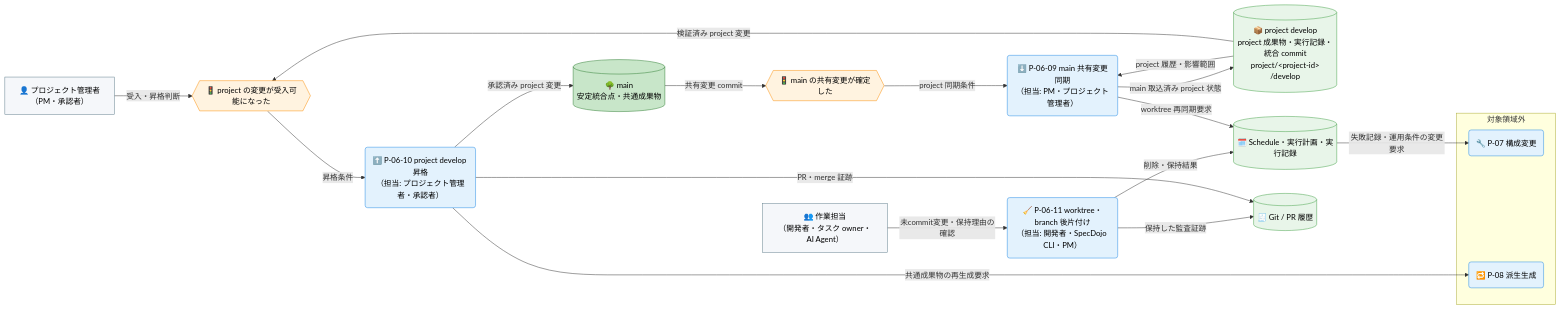
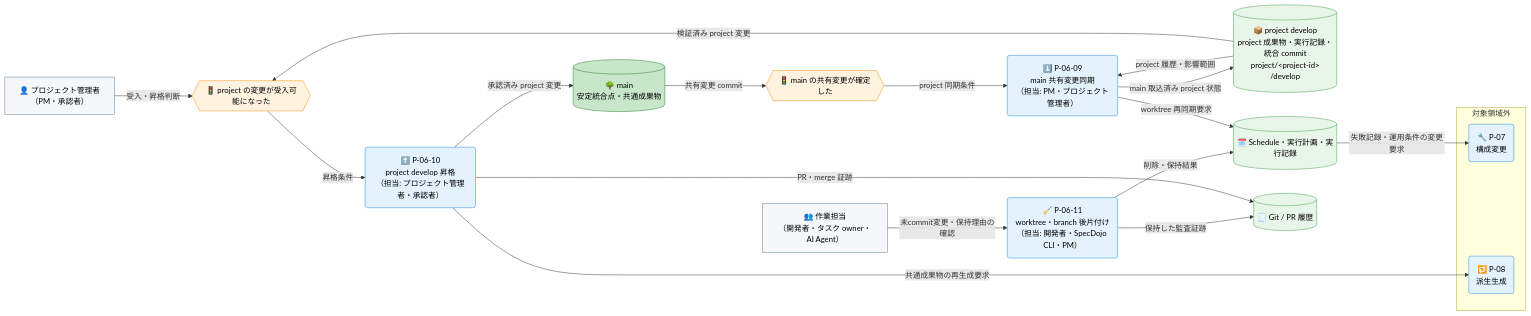
One commit to specdojo/specdojo changed the fourth of 4 diagrams in docs/ja/product/010-business-specs/010-data-flow/cdfd-multi-project.md. Above: the diagram before and after it, drawn with Mermaid. The commit also changed other lines of this file and 7 other files, not shown here.

````diff
--- a/docs/ja/product/010-business-specs/010-data-flow/cdfd-multi-project.md
+++ b/docs/ja/product/010-business-specs/010-data-flow/cdfd-multi-project.md
@@ -228,52 +228,52 @@
 ```mermaid
 flowchart LR
   classDef process fill:#e3f2fd,stroke:#1e88e5,color:#000
   classDef event fill:#fff3e0,stroke:#fb8c00,color:#000
   classDef storeMaster fill:#c8e6c9,stroke:#2e7d32,color:#000
   classDef storeTransaction fill:#e8f5e9,stroke:#43a047,color:#000
   classDef actor fill:#f5f7fa,stroke:#607d8b,color:#000
 
   プロジェクト管理者["👤 プロジェクト管理者<br>（PM・承認者）"]
   作業担当["👥 作業担当<br>（開発者・タスク owner・AI Agent）"]
 
   main更新{{"🚦 main の共有変更が確定した"}}
   project受入{{"🚦 project の変更が受入可能になった"}}
 
-  main共有変更同期("⬇️ P-06-09 main 共有変更同期<br>（担当: PM・プロジェクト管理者）")
-  projectDevelop昇格("⬆️ P-06-10 project develop 昇格<br>（担当: プロジェクト管理者・承認者）")
-  worktreeBranch後片付け("🧹 P-06-11 worktree・branch 後片付け<br>（担当: 開発者・SpecDojo CLI・PM）")
+  main共有変更同期("⬇️ P-06-09<br>main 共有変更同期<br>（担当: PM・プロジェクト管理者）")
+  projectDevelop昇格("⬆️ P-06-10<br>project develop 昇格<br>（担当: プロジェクト管理者・承認者）")
+  worktreeBranch後片付け("🧹 P-06-11<br>worktree・branch 後片付け<br>（担当: 開発者・SpecDojo CLI・PM）")
 
   main[("🌳 main<br>安定統合点・共通成果物")]
   projectDevelop[("📦 project develop<br>project 成果物・実行記録・統合 commit<br>project/&lt;project-id&gt;<br>/develop")]
   実行計画記録[("🗓️ Schedule・実行計画・実行記録")]
   GitPR履歴[("🧾 Git / PR 履歴")]
 
   subgraph 領域外統合後片付け["対象領域外"]
-    構成変更("🔧 P-07 構成変更")
-    派生生成("🔁 P-08 派生生成")
+    構成変更("🔧 P-07<br>構成変更")
+    派生生成("🔁 P-08<br>派生生成")
   end
 
   作業担当 -->|"未commit変更・保持理由の確認"| worktreeBranch後片付け
   worktreeBranch後片付け -->|"削除・保持結果"| 実行計画記録
   worktreeBranch後片付け -->|"保持した監査証跡"| GitPR履歴
 
   main -->|"共有変更 commit"| main更新
   main更新 -->|"project 同期条件"| main共有変更同期
   projectDevelop -->|"project 履歴・影響範囲"| main共有変更同期
   main共有変更同期 -->|"main 取込済み project 状態"| projectDevelop
   main共有変更同期 -->|"worktree 再同期要求"| 実行計画記録
 
   プロジェクト管理者 -->|"受入・昇格判断"| project受入
   projectDevelop -->|"検証済み project 変更"| project受入
   project受入 -->|"昇格条件"| projectDevelop昇格
   projectDevelop昇格 -->|"承認済み project 変更"| main
   projectDevelop昇格 -->|"PR・merge 証跡"| GitPR履歴
   projectDevelop昇格 -->|"共通成果物の再生成要求"| 派生生成
   実行計画記録 -->|"失敗記録・運用条件の変更要求"| 構成変更
 
   class main共有変更同期,projectDevelop昇格,worktreeBranch後片付け,構成変更,派生生成 process
   class main更新,project受入 event
   class main storeMaster
   class projectDevelop,実行計画記録,GitPR履歴 storeTransaction
   class プロジェクト管理者,作業担当 actor
 ```
````
